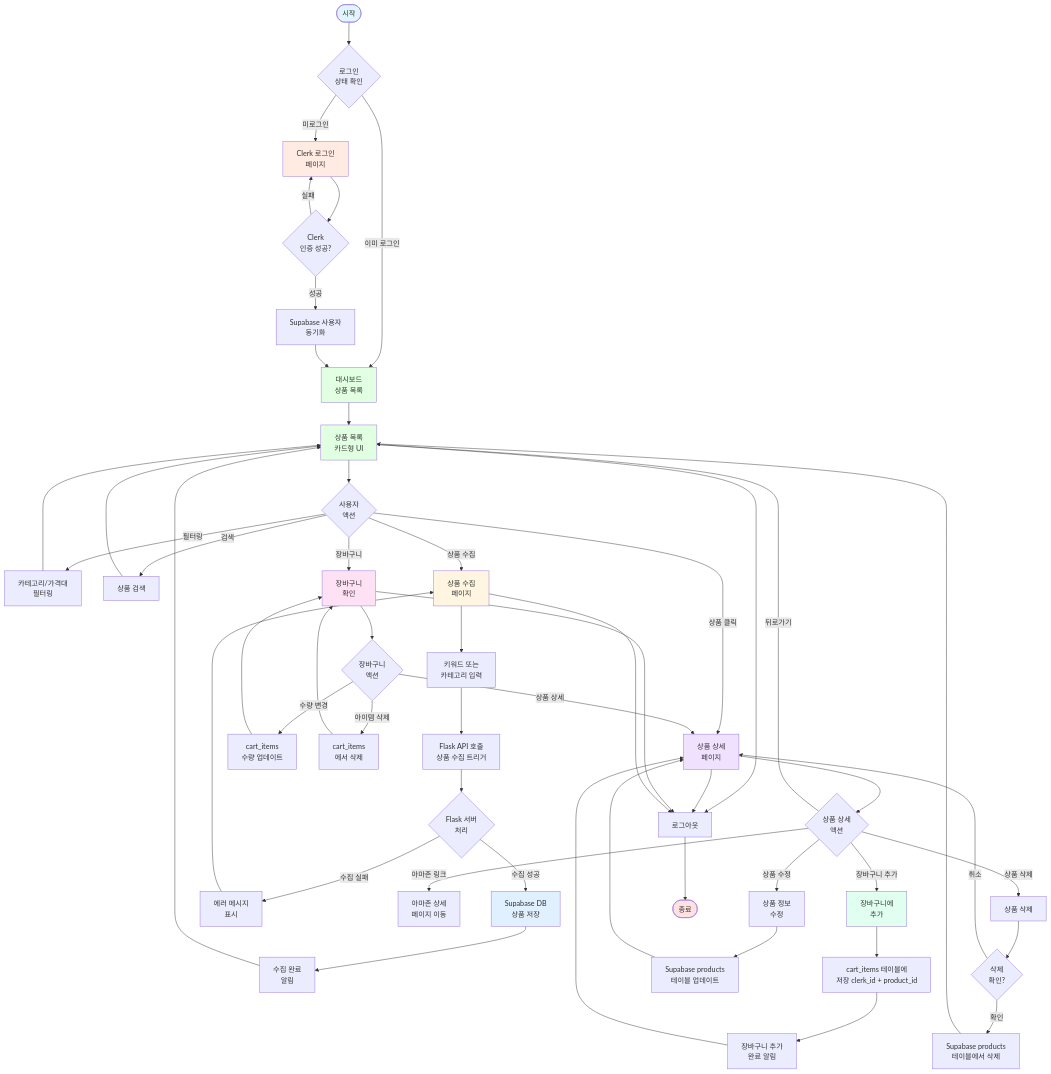
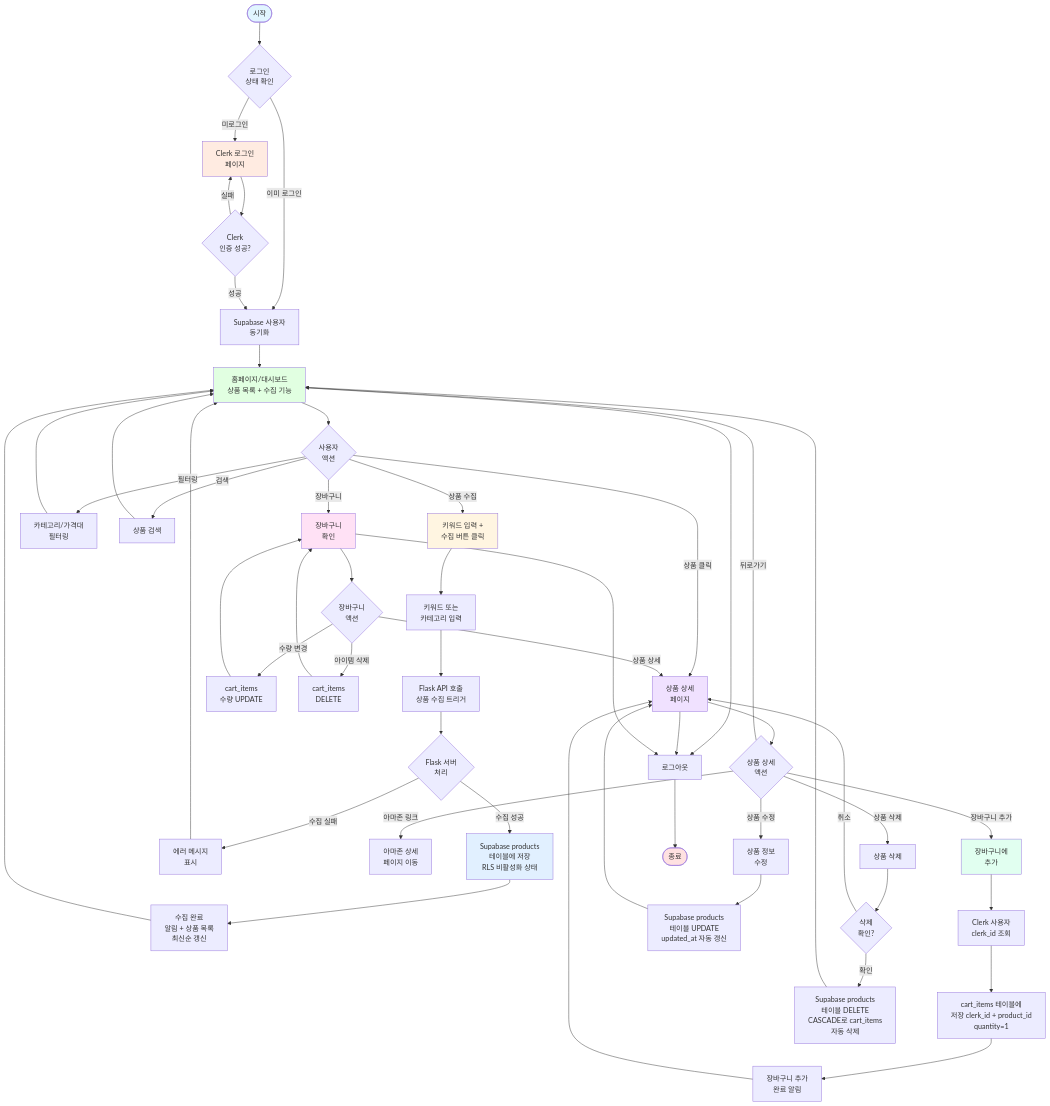
Before and after one commit to jyej0a/amann: the first of 5 diagrams in docs/reference/user-flow.md, drawn with Mermaid. The commit also changed other lines of this file and 13 other files, not shown here.

````diff
--- a/docs/reference/user-flow.md
+++ b/docs/reference/user-flow.md
@@ -9,38 +9,36 @@
     Start([시작]) --> Login{로그인<br/>상태 확인}
     
     Login -->|미로그인| ClerkLogin[Clerk 로그인<br/>페이지]
-    Login -->|이미 로그인| Dashboard[대시보드<br/>상품 목록]
+    Login -->|이미 로그인| SyncUser[Supabase 사용자<br/>동기화]
     
     ClerkLogin --> ClerkAuth{Clerk<br/>인증 성공?}
     ClerkAuth -->|실패| ClerkLogin
-    ClerkAuth -->|성공| SyncUser[Supabase 사용자<br/>동기화]
+    ClerkAuth -->|성공| SyncUser
     
-    SyncUser --> Dashboard
+    SyncUser --> HomePage[홈페이지/대시보드<br/>상품 목록 + 수집 기능]
     
-    Dashboard --> Browse[상품 목록<br/>카드형 UI]
+    HomePage --> UserAction{사용자<br/>액션}
     
-    Browse --> FilterAction{사용자<br/>액션}
+    UserAction -->|상품 수집| CollectFlow[키워드 입력 +<br/>수집 버튼 클릭]
+    UserAction -->|필터링| Filter[카테고리/가격대<br/>필터링]
+    UserAction -->|검색| Search[상품 검색]
+    UserAction -->|상품 클릭| ProductDetail[상품 상세<br/>페이지]
+    UserAction -->|장바구니| CartView[장바구니<br/>확인]
     
-    FilterAction -->|필터링| Filter[카테고리/가격대<br/>필터링]
-    FilterAction -->|검색| Search[상품 검색]
-    FilterAction -->|상품 수집| CollectProduct[상품 수집<br/>페이지]
-    FilterAction -->|상품 클릭| ProductDetail[상품 상세<br/>페이지]
-    FilterAction -->|장바구니| CartView[장바구니<br/>확인]
-    
-    Filter --> Browse
-    Search --> Browse
-    
-    CollectProduct --> InputKeyword[키워드 또는<br/>카테고리 입력]
+    CollectFlow --> InputKeyword[키워드 또는<br/>카테고리 입력]
     InputKeyword --> TriggerFlask[Flask API 호출<br/>상품 수집 트리거]
     TriggerFlask --> FlaskProcess{Flask 서버<br/>처리}
     
-    FlaskProcess -->|수집 성공| SaveSupabase[Supabase DB<br/>상품 저장]
+    FlaskProcess -->|수집 성공| SaveSupabase[Supabase products<br/>테이블에 저장<br/>RLS 비활성화 상태]
     FlaskProcess -->|수집 실패| ErrorMsg[에러 메시지<br/>표시]
     
-    SaveSupabase --> SuccessMsg[수집 완료<br/>알림]
-    SuccessMsg --> Browse
+    SaveSupabase --> SuccessMsg[수집 완료<br/>알림 + 상품 목록<br/>최신순 갱신]
+    SuccessMsg --> HomePage
     
-    ErrorMsg --> CollectProduct
+    ErrorMsg --> HomePage
+    
+    Filter --> HomePage
+    Search --> HomePage
     
     ProductDetail --> ProductActions{상품 상세<br/>액션}
     
@@ -48,44 +46,43 @@
     ProductActions -->|장바구니 추가| AddCart[장바구니에<br/>추가]
     ProductActions -->|상품 수정| EditProduct[상품 정보<br/>수정]
     ProductActions -->|상품 삭제| DeleteProduct[상품 삭제]
-    ProductActions -->|뒤로가기| Browse
+    ProductActions -->|뒤로가기| HomePage
     
-    AddCart --> SaveCartItem[cart_items 테이블에<br/>저장 clerk_id + product_id]
+    AddCart --> GetClerkId[Clerk 사용자<br/>clerk_id 조회]
+    GetClerkId --> SaveCartItem[cart_items 테이블에<br/>저장 clerk_id + product_id<br/>quantity=1]
     SaveCartItem --> CartConfirm[장바구니 추가<br/>완료 알림]
     CartConfirm --> ProductDetail
     
-    EditProduct --> UpdateDB[Supabase products<br/>테이블 업데이트]
+    EditProduct --> UpdateDB[Supabase products<br/>테이블 UPDATE<br/>updated_at 자동 갱신]
     UpdateDB --> ProductDetail
     
     DeleteProduct --> DeleteConfirm{삭제<br/>확인?}
     DeleteConfirm -->|취소| ProductDetail
-    DeleteConfirm -->|확인| DeleteDB[Supabase products<br/>테이블에서 삭제]
-    DeleteDB --> Browse
+    DeleteConfirm -->|확인| DeleteDB[Supabase products<br/>테이블 DELETE<br/>CASCADE로 cart_items<br/>자동 삭제]
+    DeleteDB --> HomePage
     
     CartView --> CartActions{장바구니<br/>액션}
     
-    CartActions -->|수량 변경| UpdateQuantity[cart_items<br/>수량 업데이트]
-    CartActions -->|아이템 삭제| RemoveCartItem[cart_items<br/>에서 삭제]
+    CartActions -->|수량 변경| UpdateQuantity[cart_items<br/>수량 UPDATE]
+    CartActions -->|아이템 삭제| RemoveCartItem[cart_items<br/>DELETE]
     CartActions -->|상품 상세| ProductDetail
     
     UpdateQuantity --> CartView
     RemoveCartItem --> CartView
     
-    Browse --> Logout[로그아웃]
+    HomePage --> Logout[로그아웃]
     ProductDetail --> Logout
     CartView --> Logout
-    CollectProduct --> Logout
     
     Logout --> End([종료])
     
     style Start fill:#e1f5ff
     style End fill:#ffe1e1
-    style Dashboard fill:#e1ffe1
-    style Browse fill:#e1ffe1
-    style CollectProduct fill:#fff5e1
+    style HomePage fill:#e1ffe1
     style ProductDetail fill:#f0e1ff
     style CartView fill:#ffe1f5
     style ClerkLogin fill:#ffebe1
     style SaveSupabase fill:#e1f0ff
     style AddCart fill:#e1fff0
+    style CollectFlow fill:#fff5e1
 ```
````
